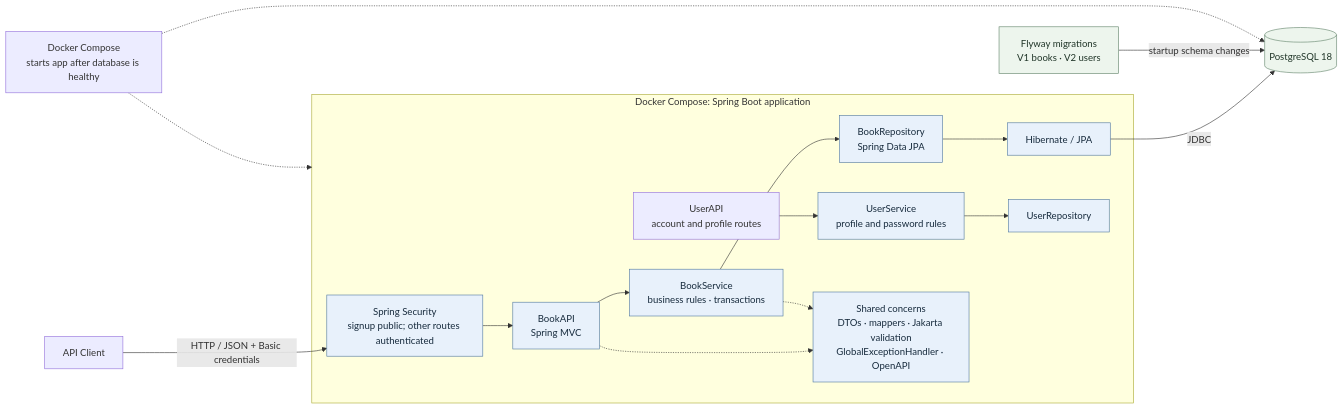
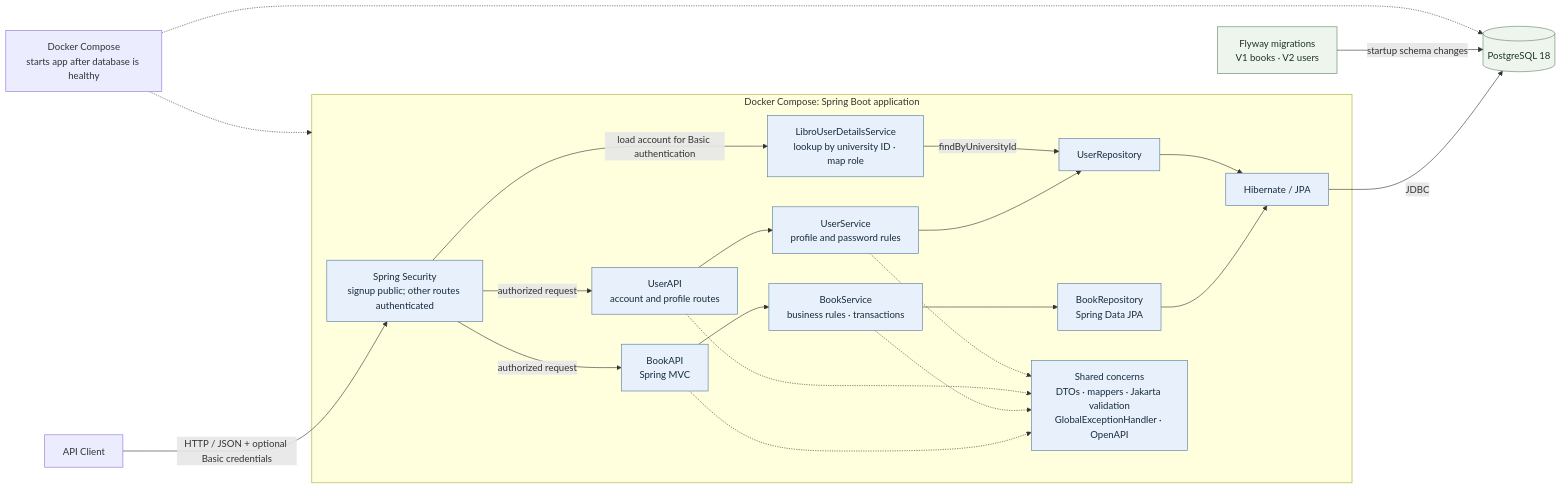
One commit to kyledelfin2006/libro-library-system changed the first of 2 diagrams in README.md. Above: the diagram before and after it, drawn with Mermaid. The commit also changed other lines of this file and 1 other file, not shown here.

Commit message:
Clarify user repository and authentication flows in architecture docs

````diff
--- a/README.md
+++ b/README.md
@@ -73,24 +73,30 @@
 ```mermaid
 flowchart LR
-    Client["API Client"] -->|HTTP / JSON + Basic credentials| Security["Spring Security<br/>signup public; other routes authenticated"]
+    Client["API Client"] -->|HTTP / JSON + optional Basic credentials| Security["Spring Security<br/>signup public; other routes authenticated"]
     subgraph App["Docker Compose: Spring Boot application"]
         API["BookAPI<br/>Spring MVC"] --> Service["BookService<br/>business rules · transactions"]
-        Service --> Repo["BookRepository<br/>Spring Data JPA"]
-        Repo --> ORM["Hibernate / JPA"]
+        Service --> BookRepo["BookRepository<br/>Spring Data JPA"]
+        BookRepo --> ORM["Hibernate / JPA"]
         UserAPI["UserAPI<br/>account and profile routes"] --> User["UserService<br/>profile and password rules"]
         User --> UserRepo["UserRepository"]
+        Security -->|load account for Basic authentication| UserDetails["LibroUserDetailsService<br/>lookup by university ID · map role"]
+        UserDetails -->|findByUniversityId| UserRepo
+        UserRepo --> ORM
         Shared["Shared concerns<br/>DTOs · mappers · Jakarta validation<br/>GlobalExceptionHandler · OpenAPI"]
-        Security --> API
+        Security -->|authorized request| API
+        Security -->|authorized request| UserAPI
         API -.-> Shared
         Service -.-> Shared
+        UserAPI -.-> Shared
+        User -.-> Shared
     end
     ORM -->|JDBC| DB[("PostgreSQL 18")]
     Flyway["Flyway migrations<br/>V1 books · V2 users"] -->|startup schema changes| DB
     Compose["Docker Compose<br/>starts app after database is healthy"] -.-> App
     Compose -.-> DB
 
     classDef service fill:#e8f1fb,stroke:#5078a0,color:#172b3d
     classDef data fill:#edf5ed,stroke:#62836a,color:#203528
-    class API,Service,Repo,ORM,User,UserRepo,Shared,Security service
+    class API,Service,BookRepo,ORM,UserAPI,User,UserRepo,UserDetails,Shared,Security service
     class DB,Flyway data
 ```
````
